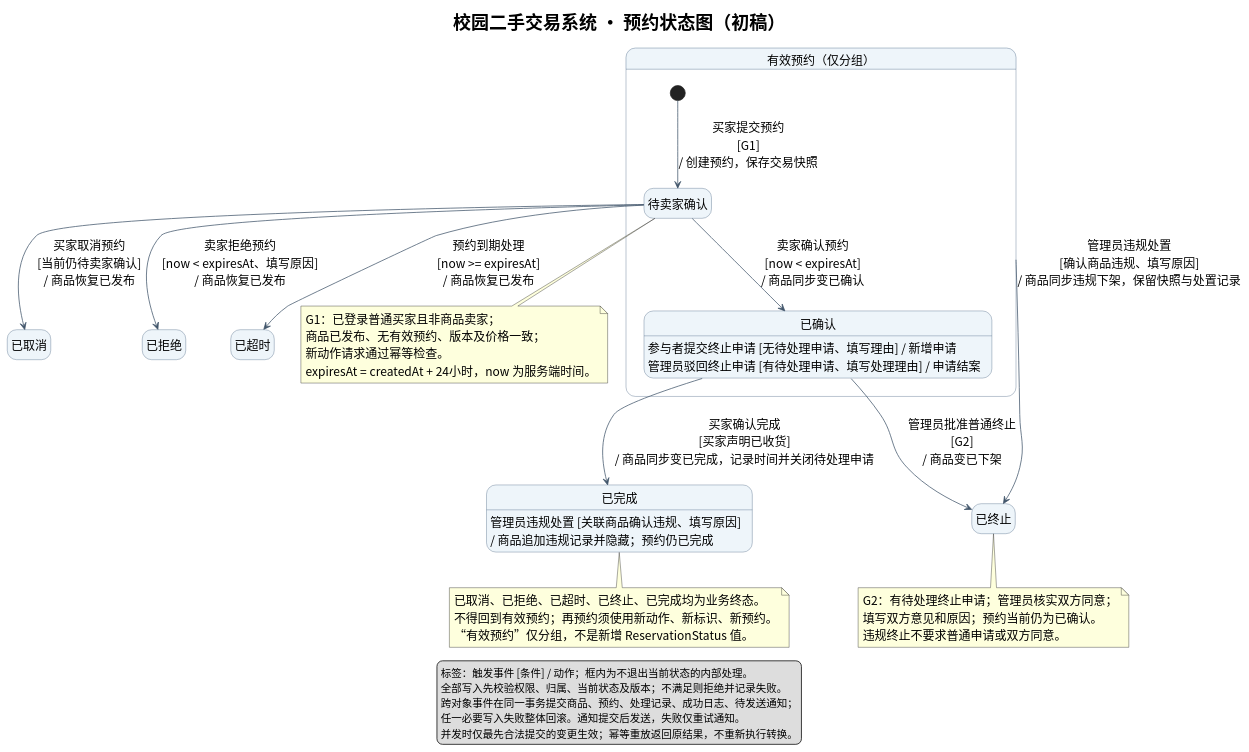
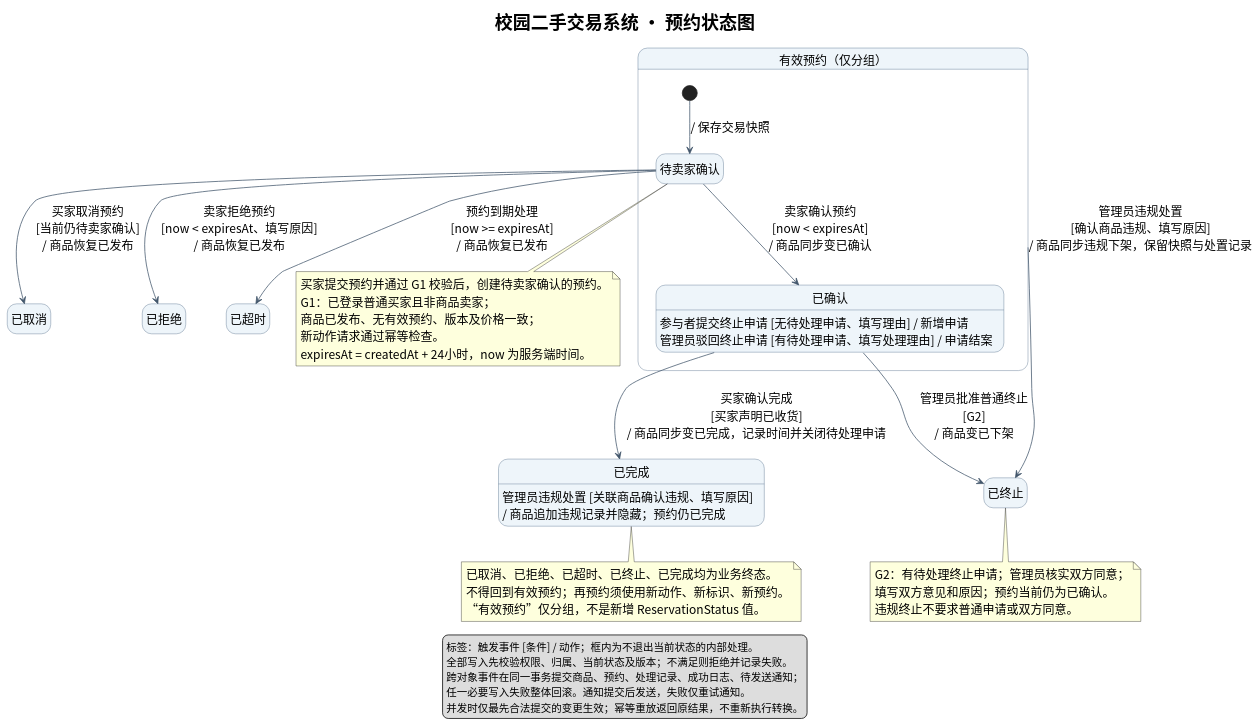
Before and after one commit to Fracwtx/se-lab2: the diagram in UML/预约状态图.puml, drawn with PlantUML. The commit also changed 3 other files, not shown here.

Commit message:
修订商品和预约状态图的初始转换

```diff
--- a/UML/预约状态图.puml
+++ b/UML/预约状态图.puml
@@ -1,57 +1,58 @@
 @startuml
 skinparam defaultFontName Noto Sans CJK SC
 skinparam defaultFontSize 16
 skinparam titleFontSize 24
 skinparam shadowing false
 skinparam stateBackgroundColor #EEF5FA
 skinparam stateBorderColor #486581
 skinparam ArrowColor #42566B
 skinparam nodesep 35
 skinparam ranksep 45
 hide empty description
 top to bottom direction
-title 校园二手交易系统 · 预约状态图（初稿）
+title 校园二手交易系统 · 预约状态图
 state "有效预约（仅分组）" as Active {
  state "待卖家确认" as Waiting
  state "已确认" as Confirmed
- [*] --> Waiting : 买家提交预约\n[G1]\n/ 创建预约，保存交易快照
+ [*] --> Waiting : / 保存交易快照
  Waiting --> Confirmed : 卖家确认预约\n[now < expiresAt]\n/ 商品同步变已确认
  Confirmed : 参与者提交终止申请 [无待处理申请、填写理由] / 新增申请
  Confirmed : 管理员驳回终止申请 [有待处理申请、填写处理理由] / 申请结案
 }
 state "已取消" as Cancelled
 state "已拒绝" as Rejected
 state "已超时" as TimedOut
 state "已终止" as Terminated
 state "已完成" as Completed
 Waiting --> Cancelled : 买家取消预约\n[当前仍待卖家确认]\n/ 商品恢复已发布
 Waiting --> Rejected : 卖家拒绝预约\n[now < expiresAt、填写原因]\n/ 商品恢复已发布
 Waiting --> TimedOut : 预约到期处理\n[now >= expiresAt]\n/ 商品恢复已发布
 Confirmed --> Completed : 买家确认完成\n[买家声明已收货]\n/ 商品同步变已完成，记录时间并关闭待处理申请
 Confirmed --> Terminated : 管理员批准普通终止\n[G2]\n/ 商品变已下架
 Active --> Terminated : 管理员违规处置\n[确认商品违规、填写原因]\n/ 商品同步违规下架，保留快照与处置记录
 Completed : 管理员违规处置 [关联商品确认违规、填写原因]\n/ 商品追加违规记录并隐藏；预约仍已完成
 note bottom of Waiting
+ 买家提交预约并通过 G1 校验后，创建待卖家确认的预约。
  G1：已登录普通买家且非商品卖家；
  商品已发布、无有效预约、版本及价格一致；
  新动作请求通过幂等检查。
  expiresAt = createdAt + 24小时，now 为服务端时间。
 end note
 note bottom of Terminated
  G2：有待处理终止申请；管理员核实双方同意；
  填写双方意见和原因；预约当前仍为已确认。
  违规终止不要求普通申请或双方同意。
 end note
 note bottom of Completed
  已取消、已拒绝、已超时、已终止、已完成均为业务终态。
  不得回到有效预约；再预约须使用新动作、新标识、新预约。
  “有效预约”仅分组，不是新增 ReservationStatus 值。
 end note
 legend bottom
   标签：触发事件 [条件] / 动作；框内为不退出当前状态的内部处理。
   全部写入先校验权限、归属、当前状态及版本；不满足则拒绝并记录失败。
   跨对象事件在同一事务提交商品、预约、处理记录、成功日志、待发送通知；
   任一必要写入失败整体回滚。通知提交后发送，失败仅重试通知。
   并发时仅最先合法提交的变更生效；幂等重放返回原结果，不重新执行转换。
 endlegend
 @enduml
```
